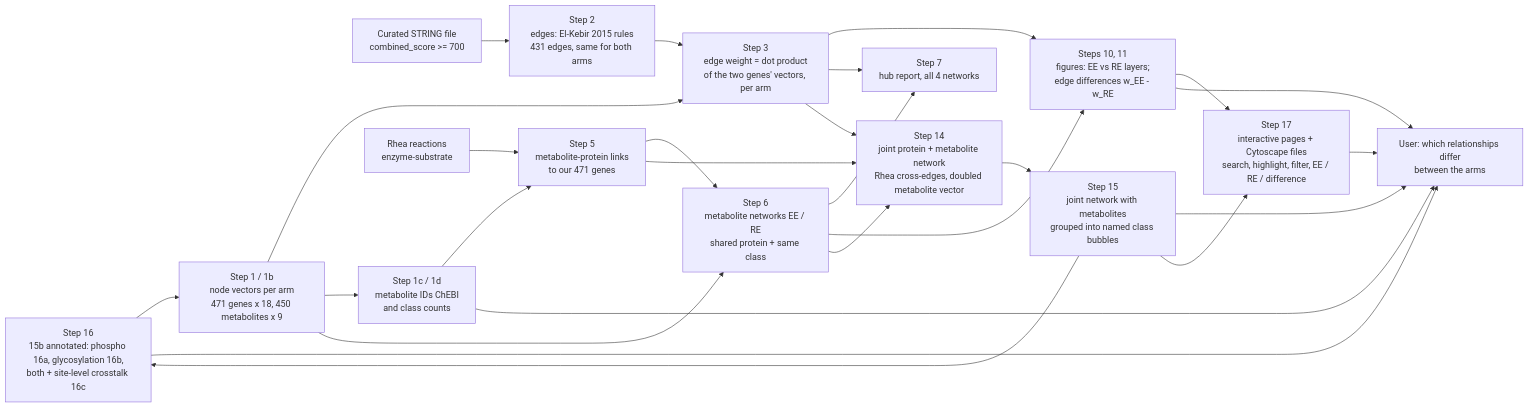
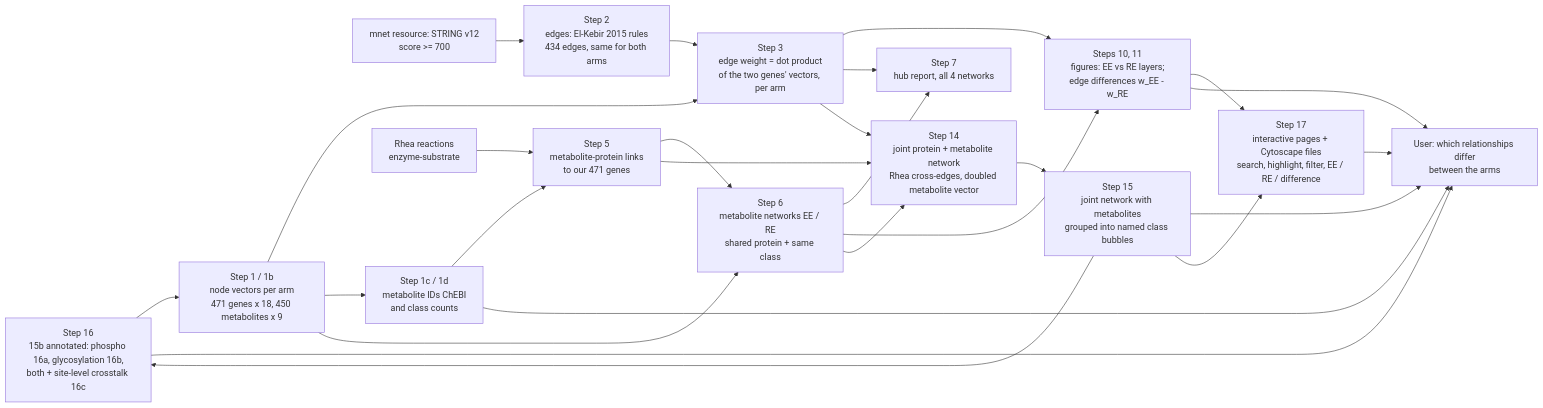
One commit to Stanford-Bioinformatics-Center/multiomics-hackathon-2026-track-1 changed the diagram in network/README.md. Above: the diagram before and after it, drawn with Mermaid. The commit also changed other lines of this file and 6 other files, not shown here.

First line of the commit message:
Rebuild on the team's mnet resource (resources/mo_annotation): edges and PTM annotation

````diff
--- a/network/README.md
+++ b/network/README.md
@@ -43,28 +43,28 @@
 ```mermaid
 flowchart LR
   A[MoTrPAC results<br/>RNA, protein, metabolites<br/>adipose, blood, muscle] --> B[Step 1 / 1b<br/>node vectors per arm<br/>471 genes x 18, 450 metabolites x 9]
-  S[Curated STRING file<br/>combined_score >= 700] --> C[Step 2<br/>edges: El-Kebir 2015 rules<br/>431 edges, same for both arms]
+  S[mnet resource: STRING v12<br/>score >= 700] --> C[Step 2<br/>edges: El-Kebir 2015 rules<br/>434 edges, same for both arms]
   B --> D[Step 3<br/>edge weight = dot product<br/>of the two genes' vectors, per arm]
   C --> D
   B --> F[Step 1c / 1d<br/>metabolite IDs ChEBI<br/>and class counts]
   D --> P[Steps 10, 11<br/>figures: EE vs RE layers;<br/>edge differences w_EE - w_RE]
   R[Rhea reactions<br/>enzyme-substrate] --> G[Step 5<br/>metabolite-protein links<br/>to our 471 genes]
   F --> G
   G --> H[Step 6<br/>metabolite networks EE / RE<br/>shared protein + same class]
   B --> H
   D --> K[Step 7<br/>hub report, all 4 networks]
   H --> K
   H --> P
   D --> J[Step 14<br/>joint protein + metabolite network<br/>Rhea cross-edges, doubled metabolite vector]
   H --> J
   G --> J
   J --> Q[Step 15<br/>joint network with metabolites<br/>grouped into named class bubbles]
   Q --> U
   Q --> A[Step 16<br/>15b annotated: phospho 16a, glycosylation 16b,<br/>both + site-level crosstalk 16c]
   A --> U
   Q --> I[Step 17<br/>interactive pages + Cytoscape files<br/>search, highlight, filter, EE / RE / difference]
   P --> I
   I --> U
   P --> U[User: which relationships differ<br/>between the arms]
   F --> U
 ```
````
